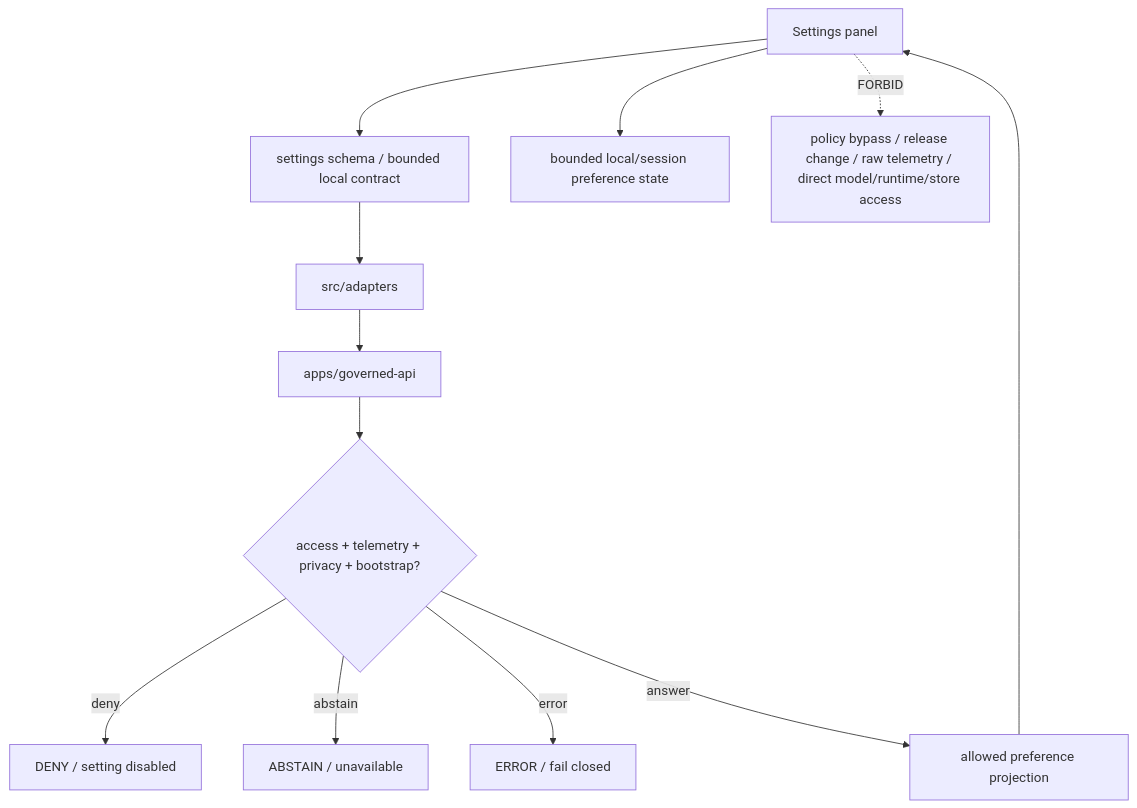
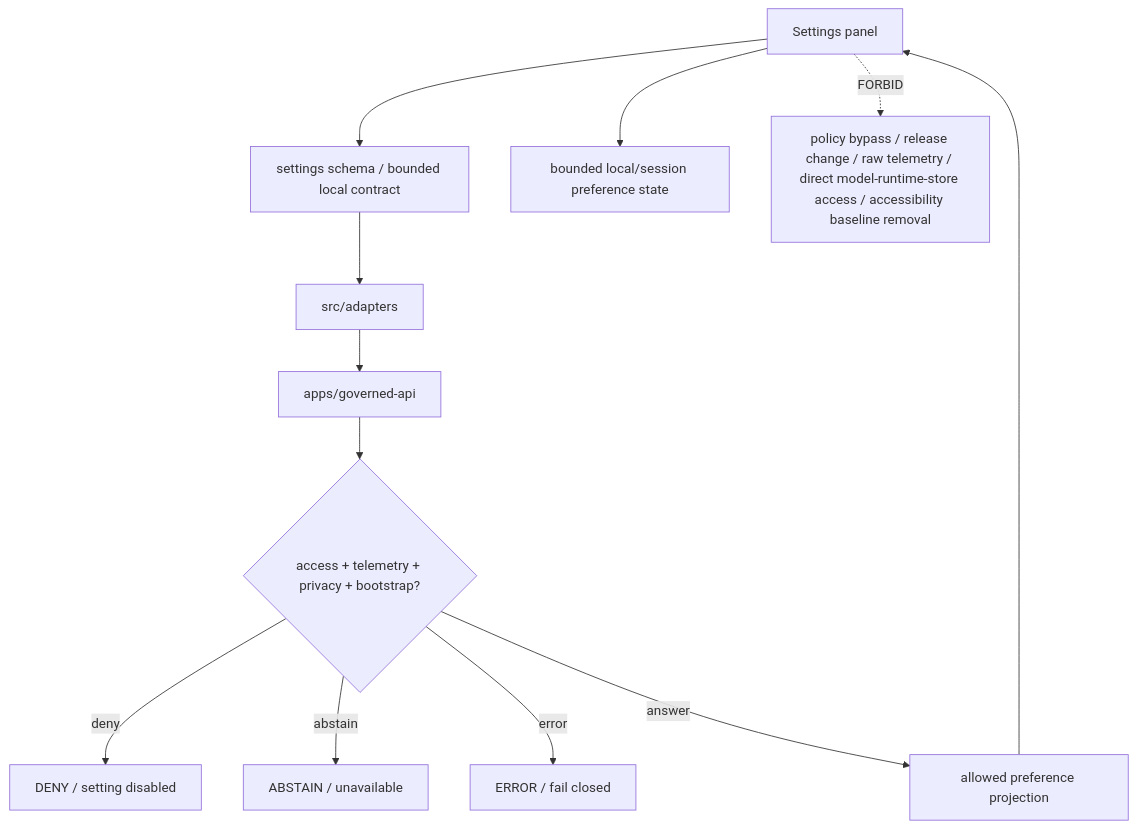
Before and after one commit to bartytime4life/Kansas-Frontier-Matrix: the diagram in apps/explorer-web/src/features/settings/README.md, drawn with Mermaid. The commit also changed other lines of this file, not shown here.

````diff
--- a/apps/explorer-web/src/features/settings/README.md
+++ b/apps/explorer-web/src/features/settings/README.md
@@ -218,14 +274,14 @@
 ```mermaid
 flowchart TD
     panel["Settings panel"] --> contract["settings schema / bounded local contract"]
     contract --> adapters["src/adapters"]
     adapters --> api["apps/governed-api"]
     api --> policy{"access + telemetry + privacy + bootstrap?"}
     policy -->|deny| deny["DENY / setting disabled"]
     policy -->|abstain| abstain["ABSTAIN / unavailable"]
     policy -->|error| error["ERROR / fail closed"]
     policy -->|answer| prefs["allowed preference projection"]
     prefs --> panel
     panel --> local["bounded local/session preference state"]
-    panel -. FORBID .-> authority["policy bypass / release change / raw telemetry / direct model/runtime/store access"]
+    panel -. FORBID .-> authority["policy bypass / release change / raw telemetry / direct model-runtime-store access / accessibility baseline removal"]
 ```
````
